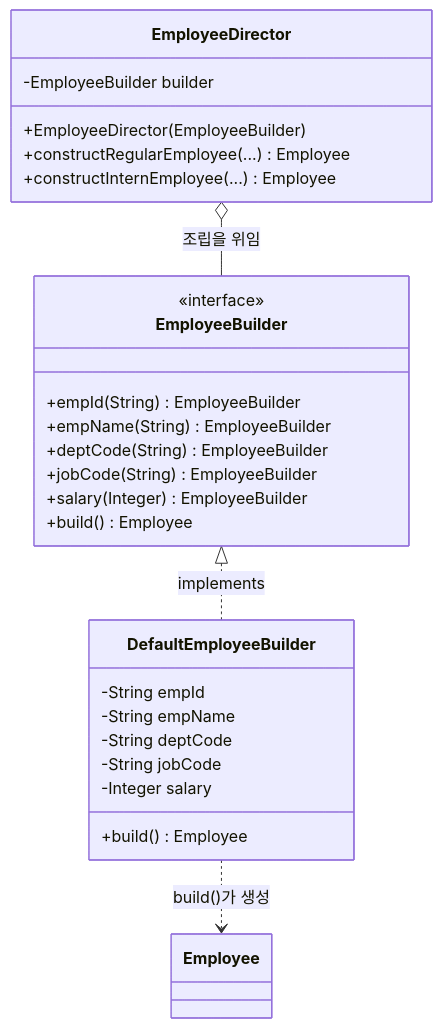
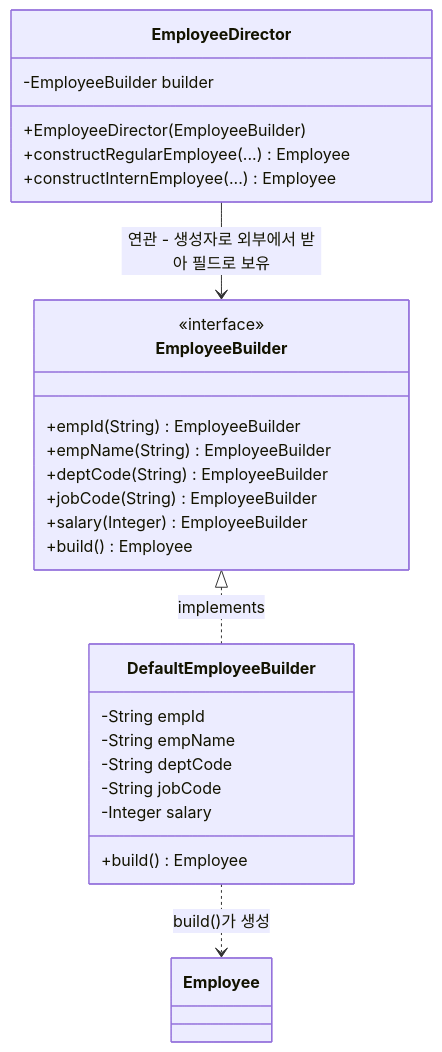
One commit to ChesyBird/java changed the second of 2 diagrams in 교안/3. 빌더패턴/02_교안_빌더패턴.md. Above: the diagram before and after it, drawn with Mermaid. The commit also changed other lines of this file and 2 other files, not shown here.

Commit message:
0812교안다운

````diff
--- a/교안/3. 빌더패턴/02_교안_빌더패턴.md
+++ b/교안/3. 빌더패턴/02_교안_빌더패턴.md
@@ -335,31 +335,31 @@
 ```mermaid
 classDiagram
     class EmployeeBuilder {
         <<interface>>
         +empId(String) EmployeeBuilder
         +empName(String) EmployeeBuilder
         +deptCode(String) EmployeeBuilder
         +jobCode(String) EmployeeBuilder
         +salary(Integer) EmployeeBuilder
         +build() Employee
     }
     class DefaultEmployeeBuilder {
         -String empId
         -String empName
         -String deptCode
         -String jobCode
         -Integer salary
         +build() Employee
     }
     class EmployeeDirector {
         -EmployeeBuilder builder
         +EmployeeDirector(EmployeeBuilder)
         +constructRegularEmployee(...) Employee
         +constructInternEmployee(...) Employee
     }
     class Employee
 
     EmployeeBuilder <|.. DefaultEmployeeBuilder : implements
-    EmployeeDirector o-- EmployeeBuilder : 조립을 위임
+    EmployeeDirector --> EmployeeBuilder : 연관 - 생성자로 외부에서 받아 필드로 보유
     DefaultEmployeeBuilder ..> Employee : build()가 생성
 ```
````
